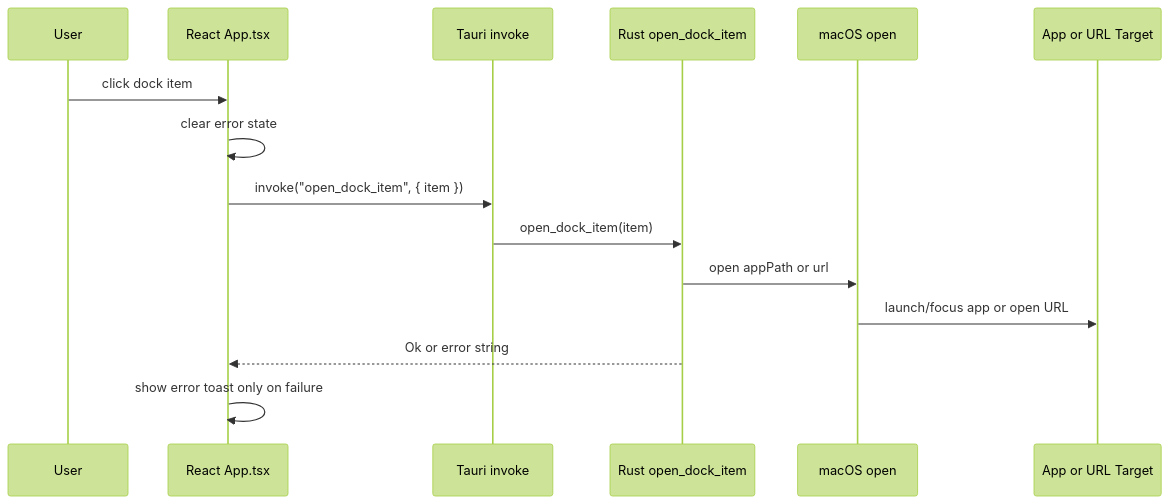
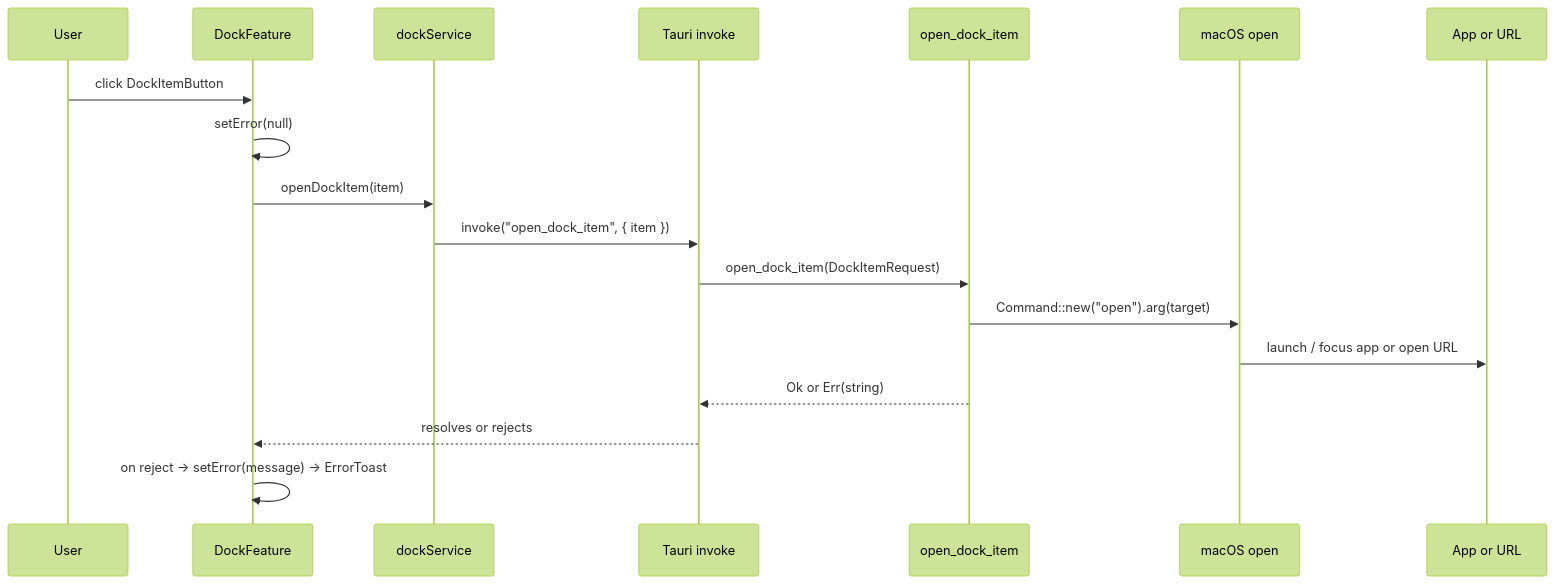
One commit to Westluu/Workspaces changed the fourth of 7 diagrams in ARCHITECTURE.md. Above: the diagram before and after it, drawn with Mermaid (forest theme). The commit also changed other lines of this file and 1 other file, not shown here.

Commit message:
update: updated architecture file and made plan for next steps

````diff
--- a/ARCHITECTURE.md
+++ b/ARCHITECTURE.md
@@ -130,18 +175,21 @@
 ```mermaid
 sequenceDiagram
   participant User
-  participant React as React App.tsx
+  participant React as DockFeature
+  participant Service as dockService
   participant IPC as Tauri invoke
-  participant Rust as Rust open_dock_item
+  participant Rust as open_dock_item
   participant Mac as macOS open
-  participant Target as App or URL Target
+  participant Target as App or URL
 
-  User->>React: click dock item
-  React->>React: clear error state
-  React->>IPC: invoke("open_dock_item", { item })
-  IPC->>Rust: open_dock_item(item)
-  Rust->>Mac: open appPath or url
-  Mac->>Target: launch/focus app or open URL
-  Rust-->>React: Ok or error string
-  React->>React: show error toast only on failure
+  User->>React: click DockItemButton
+  React->>React: setError(null)
+  React->>Service: openDockItem(item)
+  Service->>IPC: invoke("open_dock_item", { item })
+  IPC->>Rust: open_dock_item(DockItemRequest)
+  Rust->>Mac: Command::new("open").arg(target)
+  Mac->>Target: launch / focus app or open URL
+  Rust-->>IPC: Ok or Err(string)
+  IPC-->>React: resolves or rejects
+  React->>React: on reject → setError(message) → ErrorToast
 ```
````
